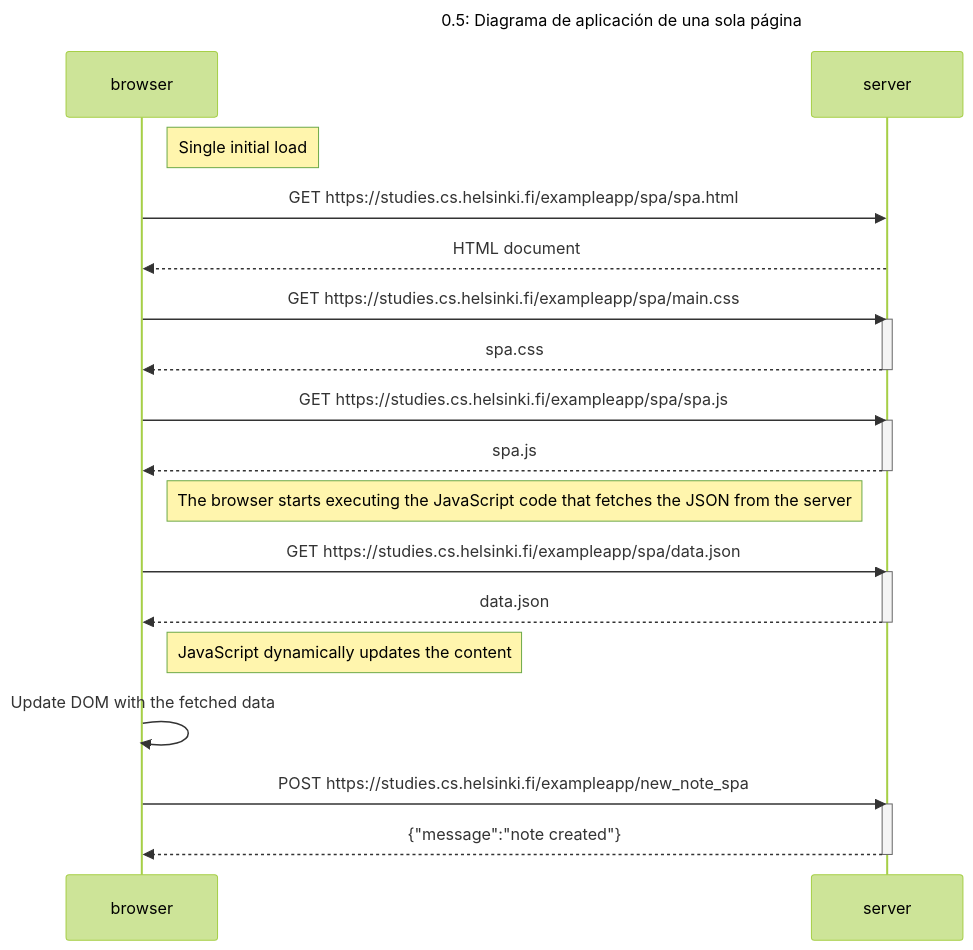
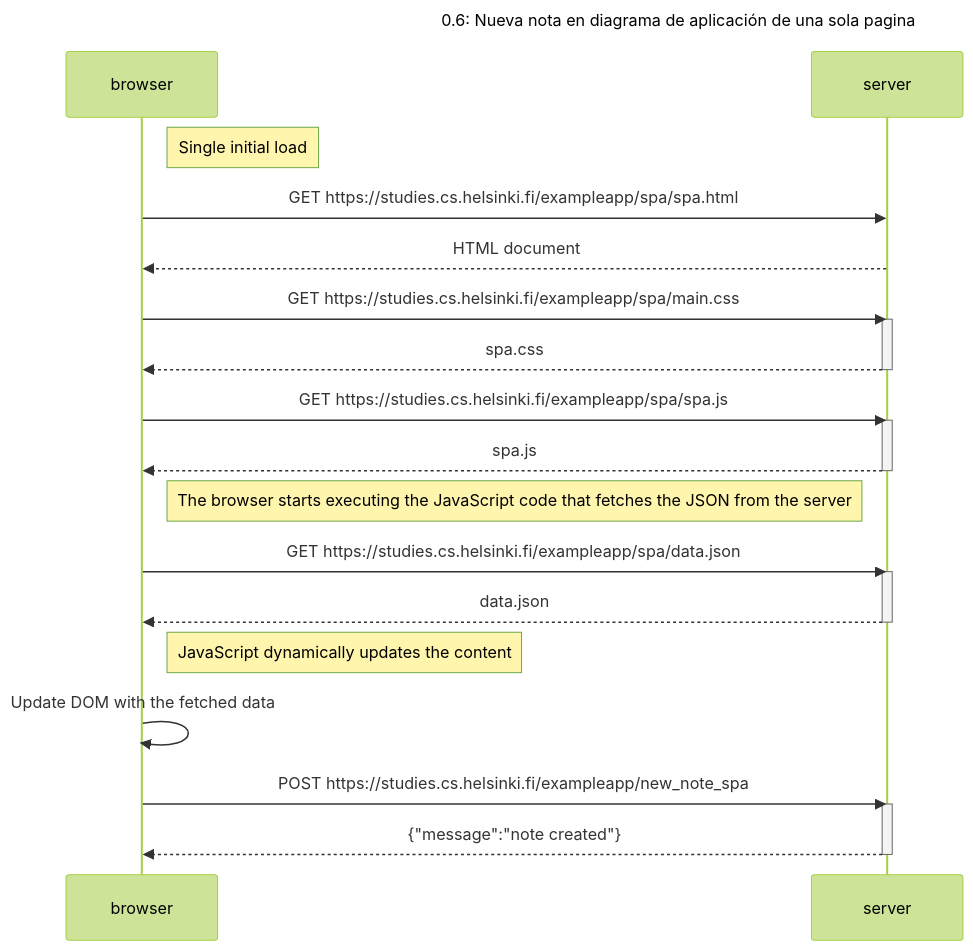
One commit to abrahesh/fullstackopen changed the diagram in part0/0.6. Nueva nota en diagrama de aplicación de una sola pagina.md. Above: the diagram before and after it, drawn with Mermaid (forest theme).

Commit message:
Update name 0.6. Nueva nota en diagrama de aplicación de una sola pagina.md

````diff
--- a/part0/0.6. Nueva nota en diagrama de aplicación de una sola pagina.md
+++ b/part0/0.6. Nueva nota en diagrama de aplicación de una sola pagina.md
@@ -1,37 +1,37 @@
 ```mermaid
 ---
-title: "0.5: Diagrama de aplicación de una sola página"
+title: "0.6: Nueva nota en diagrama de aplicación de una sola pagina"
 ---
 sequenceDiagram
     participant browser
     participant server
 
     Note right of browser: Single initial load
     browser->>server: GET https://studies.cs.helsinki.fi/exampleapp/spa/spa.html
     server-->>browser: HTML document
 
     browser->>server: GET https://studies.cs.helsinki.fi/exampleapp/spa/main.css
     activate server
     server-->>browser: spa.css
     deactivate server
 
     browser->>server: GET https://studies.cs.helsinki.fi/exampleapp/spa/spa.js
     activate server
     server-->>browser: spa.js
     deactivate server
 
     Note right of browser: The browser starts executing the JavaScript code that fetches the JSON from the server
 
     browser->>server: GET https://studies.cs.helsinki.fi/exampleapp/spa/data.json
     activate server
     server-->>browser: data.json
     deactivate server
 
     Note right of browser: JavaScript dynamically updates the content
     browser->>browser: Update DOM with the fetched data
 
     browser->>server: POST https://studies.cs.helsinki.fi/exampleapp/new_note_spa
     activate server
     server-->>browser: {"message":"note created"}
     deactivate server
 ```
````
